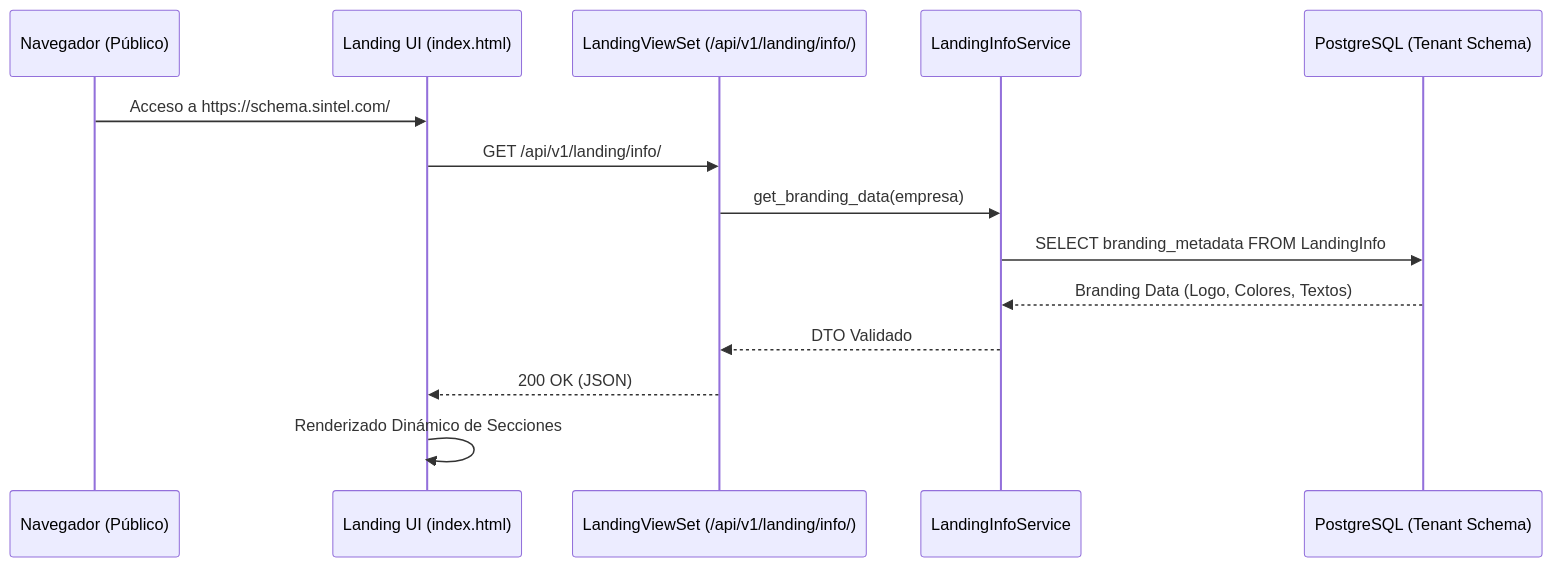
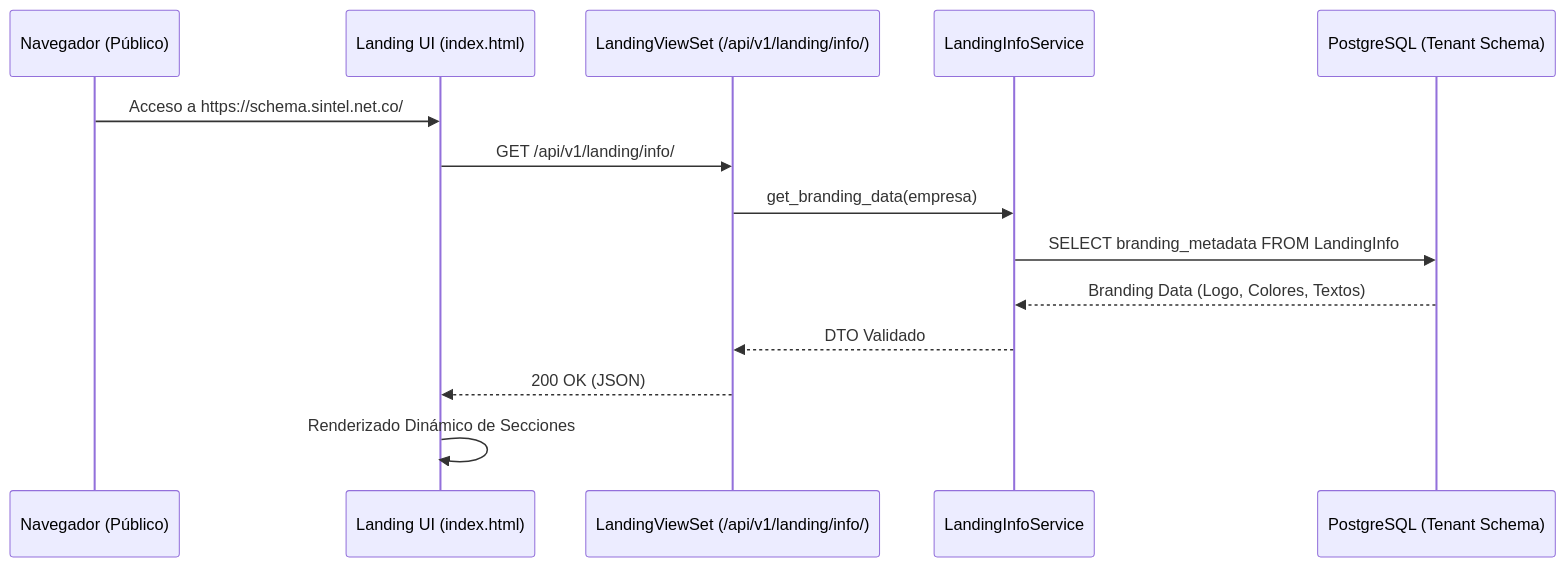
One commit to steven-zdt/CRM_SINTEL changed the first of 3 diagrams in apps/tenant/landing/.agent/docs/landing_flow_map.md. Above: the diagram before and after it, drawn with Mermaid. The commit also changed 872 other files, not shown here.

````diff
--- a/apps/tenant/landing/.agent/docs/landing_flow_map.md
+++ b/apps/tenant/landing/.agent/docs/landing_flow_map.md
@@ -9,17 +9,17 @@
 ```mermaid
 sequenceDiagram
     participant USR as Navegador (Público)
     participant LND as Landing UI (index.html)
     participant API as LandingViewSet (/api/v1/landing/info/)
     participant SRV as LandingInfoService
     participant DB as PostgreSQL (Tenant Schema)
 
-    USR->>LND: Acceso a https://schema.sintel.com/
+    USR->>LND: Acceso a https://schema.sintel.net.co/
     LND->>API: GET /api/v1/landing/info/
     API->>SRV: get_branding_data(empresa)
     SRV->>DB: SELECT branding_metadata FROM LandingInfo
     DB-->>SRV: Branding Data (Logo, Colores, Textos)
     SRV-->>API: DTO Validado
     API-->>LND: 200 OK (JSON)
     LND->>LND: Renderizado Dinámico de Secciones
 ```
````
